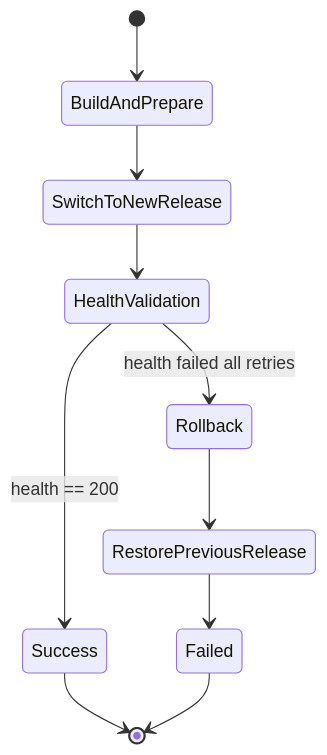
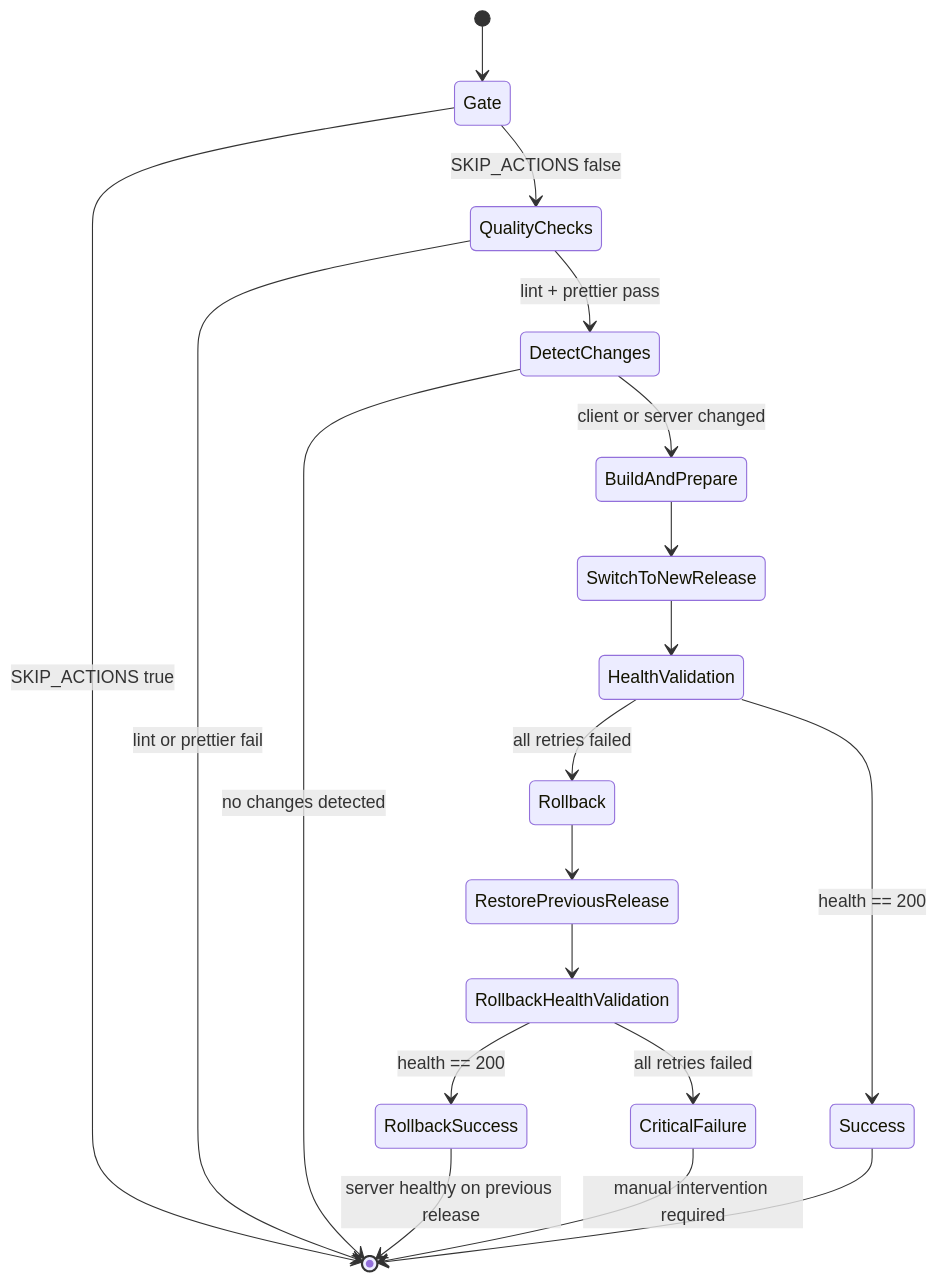
The sixth of 6 diagrams in docs/architecture/CI_CD_PIPELINE_ARCHITECTURE.md (IamDevTrivedi/Trimium), drawn with Mermaid before and after one commit. The commit also changed other lines of this file and 5 other files, not shown here.

````diff
--- a/docs/architecture/CI_CD_PIPELINE_ARCHITECTURE.md
+++ b/docs/architecture/CI_CD_PIPELINE_ARCHITECTURE.md
@@ -407,15 +406,29 @@
 ```mermaid
 stateDiagram-v2
-    [*] --> BuildAndPrepare
+    [*] --> Gate
+    Gate --> QualityChecks: SKIP_ACTIONS false
+    Gate --> [*]: SKIP_ACTIONS true
+
+    QualityChecks --> DetectChanges: lint + prettier pass
+    QualityChecks --> [*]: lint or prettier fail
+
+    DetectChanges --> BuildAndPrepare: client or server changed
+    DetectChanges --> [*]: no changes detected
+
     BuildAndPrepare --> SwitchToNewRelease
     SwitchToNewRelease --> HealthValidation
 
     HealthValidation --> Success: health == 200
-    HealthValidation --> Rollback: health failed all retries
+    HealthValidation --> Rollback: all retries failed
 
     Rollback --> RestorePreviousRelease
-    RestorePreviousRelease --> Failed
+    RestorePreviousRelease --> RollbackHealthValidation
+
+    RollbackHealthValidation --> RollbackSuccess: health == 200
+    RollbackHealthValidation --> CriticalFailure: all retries failed
+
+    RollbackSuccess --> [*]: server healthy on previous release
+    CriticalFailure --> [*]: manual intervention required
 
     Success --> [*]
-    Failed --> [*]
 ```
````
